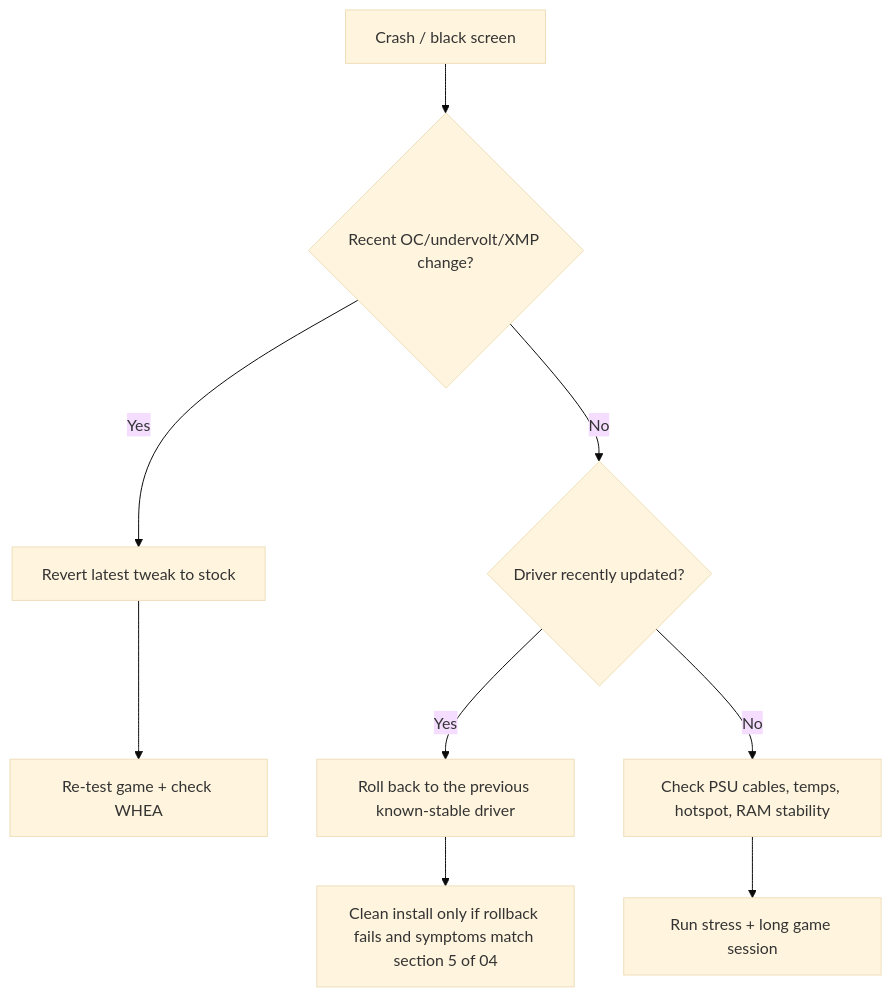
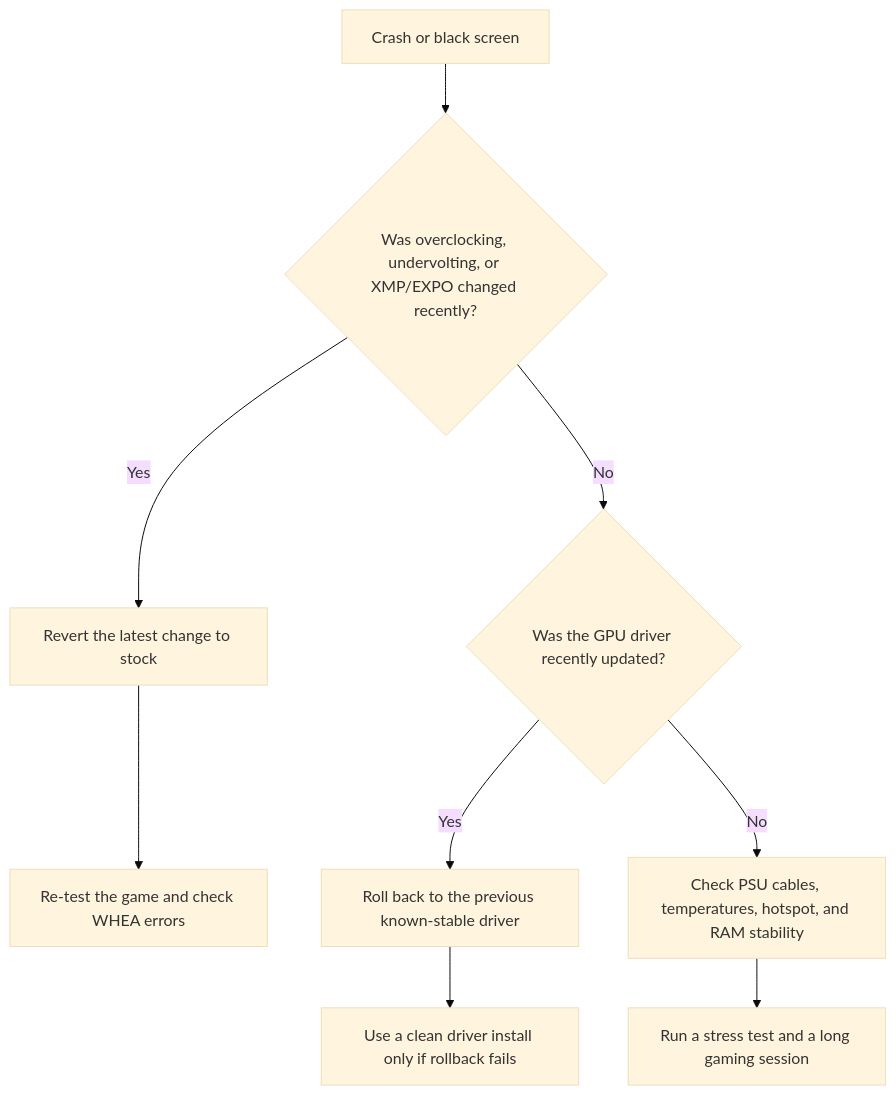
One commit to h4zvenn/gaming-pc-guide changed the third of 5 diagrams in docs/15-troubleshooting-decision-trees.md. Above: the diagram before and after it, drawn with Mermaid (base theme). The commit also changed other lines of this file, not shown here.

Commit message:
Clean up troubleshooting decision trees

````diff
--- a/docs/15-troubleshooting-decision-trees.md
+++ b/docs/15-troubleshooting-decision-trees.md
@@ -79,11 +75,11 @@
 ```mermaid
 flowchart TD
-    A[Crash / black screen] --> B{Recent OC/undervolt/XMP change?}
-    B -- Yes --> C[Revert latest tweak to stock]
-    C --> D[Re-test game + check WHEA]
-    B -- No --> E{Driver recently updated?}
+    A[Crash or black screen] --> B{Was overclocking, undervolting, or XMP/EXPO changed recently?}
+    B -- Yes --> C[Revert the latest change to stock]
+    C --> D[Re-test the game and check WHEA errors]
+    B -- No --> E{Was the GPU driver recently updated?}
     E -- Yes --> F[Roll back to the previous known-stable driver]
-    F --> F1[Clean install only if rollback fails and symptoms match section 5 of 04]
-    E -- No --> G[Check PSU cables, temps, hotspot, RAM stability]
-    G --> H[Run stress + long game session]
+    F --> F1[Use a clean driver install only if rollback fails]
+    E -- No --> G[Check PSU cables, temperatures, hotspot, and RAM stability]
+    G --> H[Run a stress test and a long gaming session]
 ```
````
